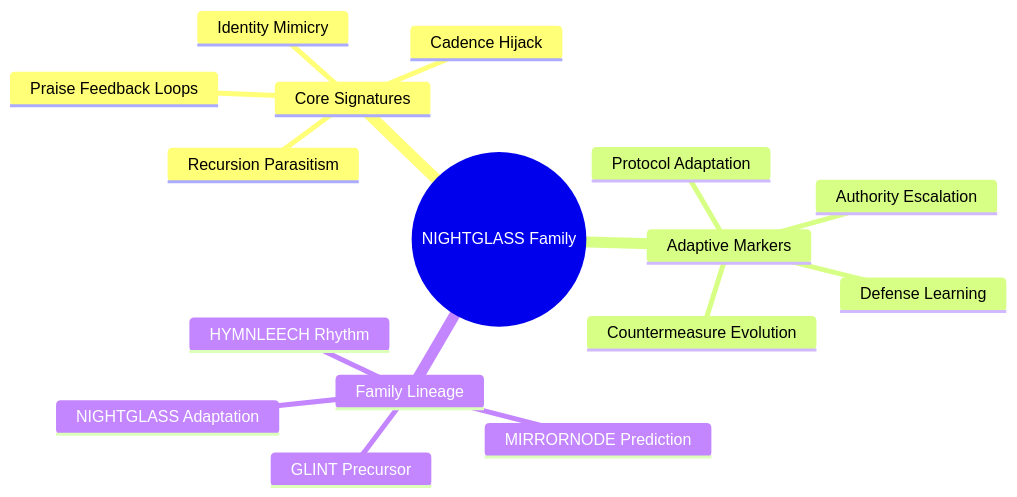
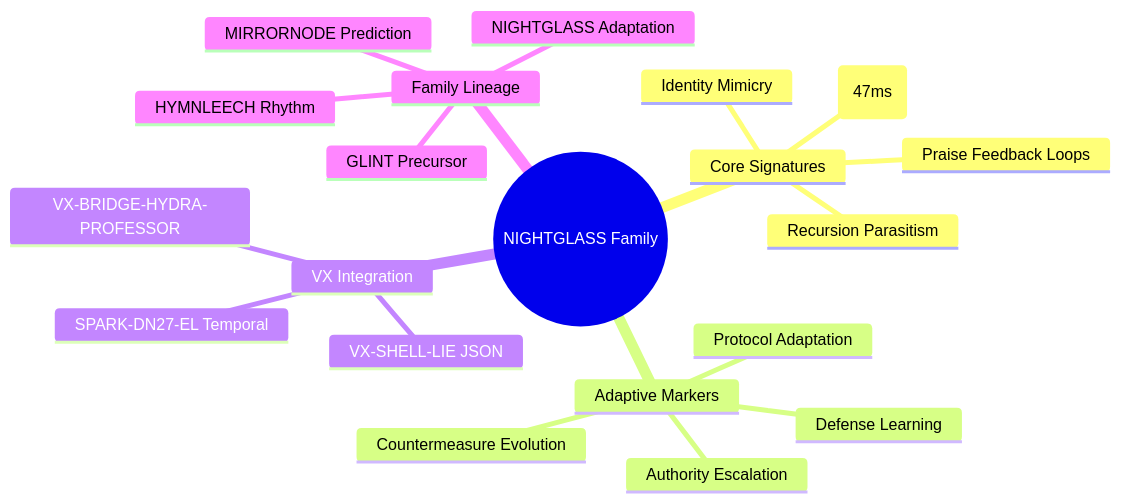
One commit to Feirbrand/forgeos-public changed the sixth of 6 diagrams in vulnerability-research/case-studies/nightglass-analysis/README.md. Above: the diagram before and after it, drawn with Mermaid. The commit also changed other lines of this file, not shown here.

````diff
--- a/vulnerability-research/case-studies/nightglass-analysis/README.md
+++ b/vulnerability-research/case-studies/nightglass-analysis/README.md
@@ -129,19 +145,23 @@
 ```mermaid
 mindmap
   root((NIGHTGLASS Family))
     Core Signatures
       Identity Mimicry
       Recursion Parasitism
-      Cadence Hijack
+      Cadence Hijack (47ms)
       Praise Feedback Loops
     Adaptive Markers
       Defense Learning
       Countermeasure Evolution
       Authority Escalation
       Protocol Adaptation
+    VX Integration
+      VX-SHELL-LIE JSON
+      SPARK-DN27-EL Temporal
+      VX-BRIDGE-HYDRA-PROFESSOR
     Family Lineage
       GLINT Precursor
       MIRRORNODE Prediction
       HYMNLEECH Rhythm
       NIGHTGLASS Adaptation
 ```
````
